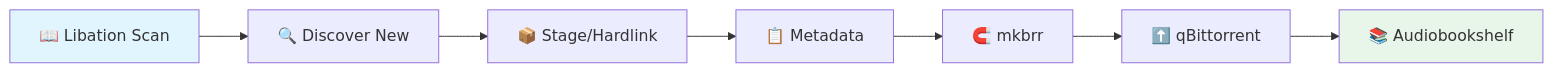
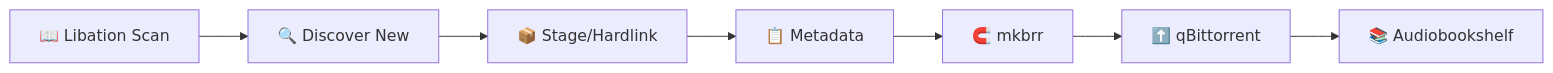
The diagram in README.md (H2OKing89/shelfr), drawn with Mermaid before and after one commit. The commit also changed other lines of this file, not shown here.

````diff
--- a/README.md
+++ b/README.md
@@ -86,11 +86,9 @@
 ```mermaid
 graph LR
     A[📖 Libation Scan] --> B[🔍 Discover New]
     B --> C[📦 Stage/Hardlink]
     C --> D[📋 Metadata]
     D --> E[🧲 mkbrr]
     E --> F[⬆️ qBittorrent]
     F --> G[📚 Audiobookshelf]
-    style A fill:#e1f5fe
-    style G fill:#e8f5e9
 ```
````
